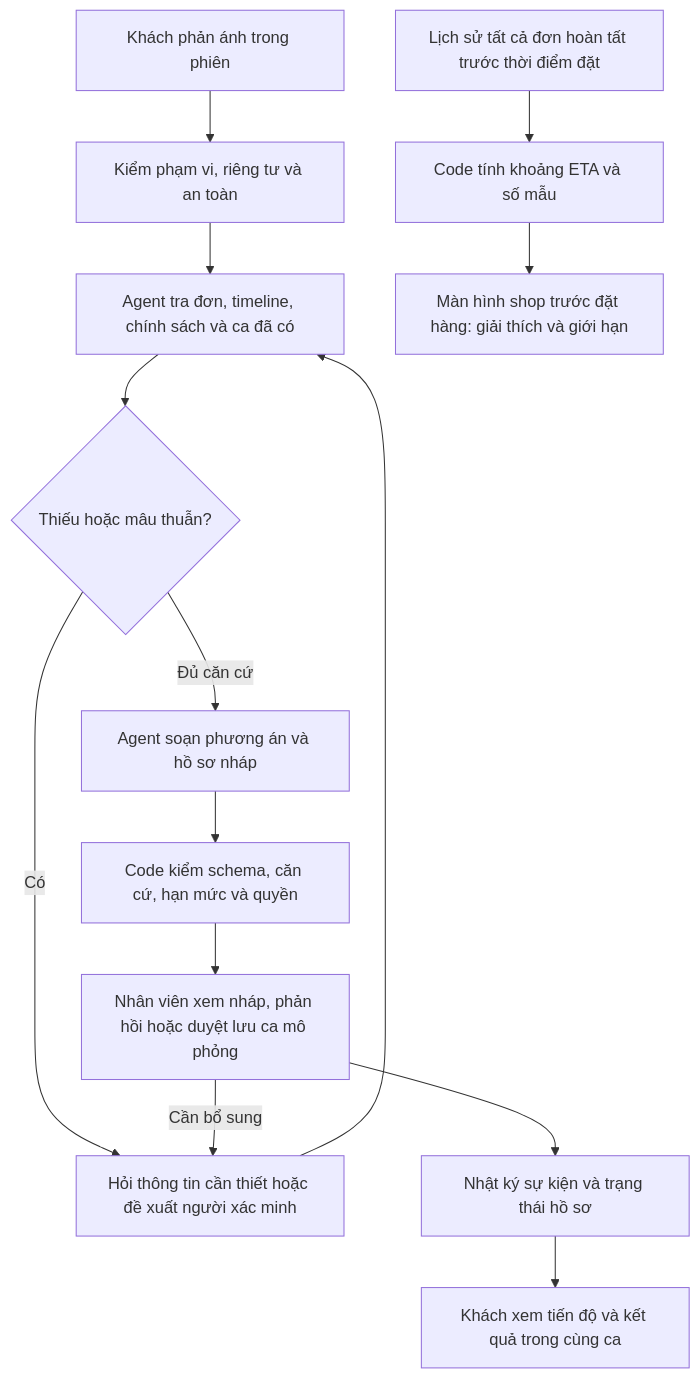
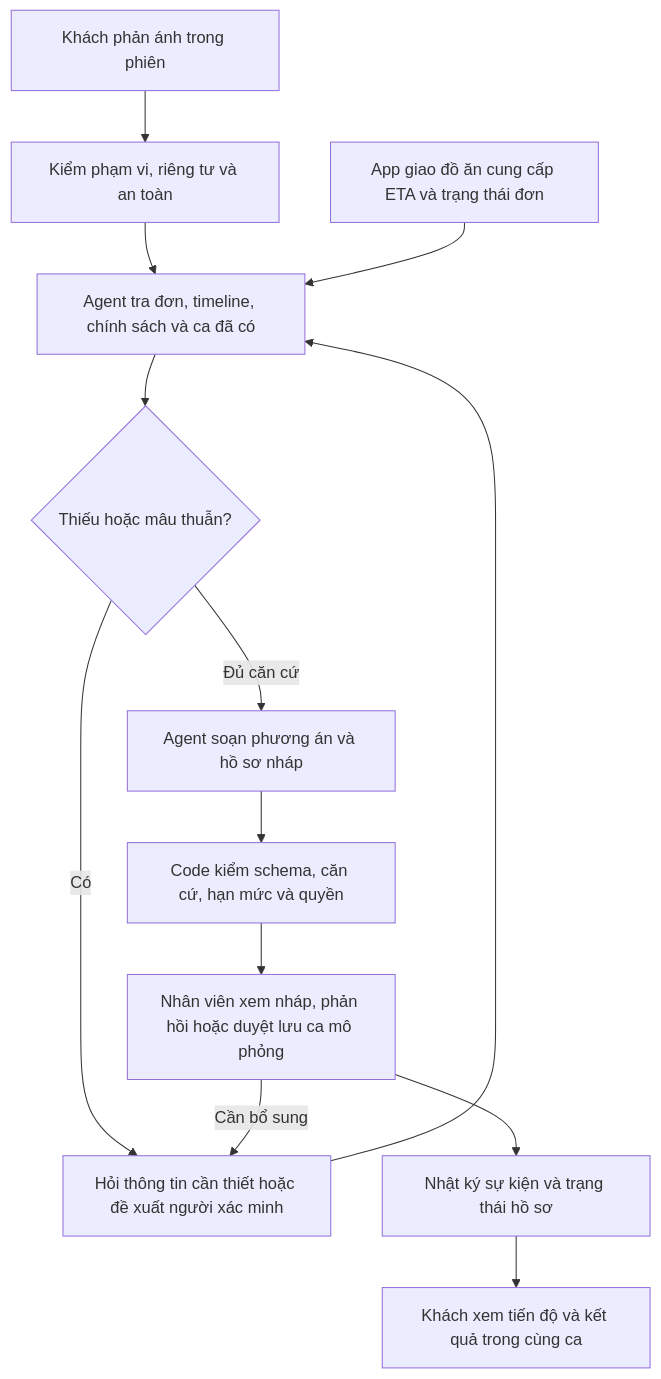
Before and after one commit to MinhTrannnnn/K5-Day15-L3B-Ishowspeed: the diagram in spec.md, drawn with Mermaid. The commit also changed other lines of this file and 18 other files, not shown here.

````diff
--- a/spec.md
+++ b/spec.md
@@ -65,16 +65,15 @@
 ```mermaid
 flowchart TD
     A[Khách phản ánh trong phiên] --> B[Kiểm phạm vi, riêng tư và an toàn]
     B --> C[Agent tra đơn, timeline, chính sách và ca đã có]
     C --> D{Thiếu hoặc mâu thuẫn?}
     D -->|Có| E[Hỏi thông tin cần thiết hoặc đề xuất người xác minh]
     E --> C
     D -->|Đủ căn cứ| F[Agent soạn phương án và hồ sơ nháp]
     F --> G[Code kiểm schema, căn cứ, hạn mức và quyền]
     G --> H[Nhân viên xem nháp, phản hồi hoặc duyệt lưu ca mô phỏng]
     H --> I[Nhật ký sự kiện và trạng thái hồ sơ]
     I --> J[Khách xem tiến độ và kết quả trong cùng ca]
     H -->|Cần bổ sung| E
-    K[Lịch sử tất cả đơn hoàn tất trước thời điểm đặt] --> L[Code tính khoảng ETA và số mẫu]
-    L --> M[Màn hình shop trước đặt hàng: giải thích và giới hạn]
+    K[App giao đồ ăn cung cấp ETA và trạng thái đơn] --> C
 ```
````
